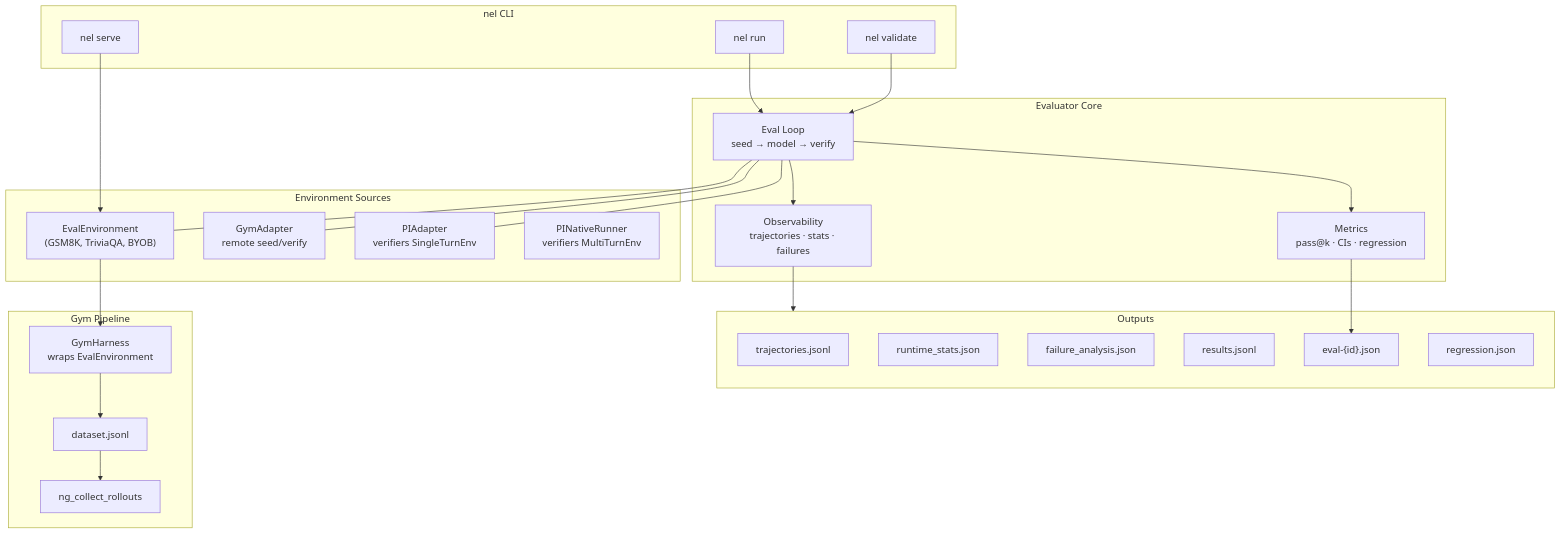
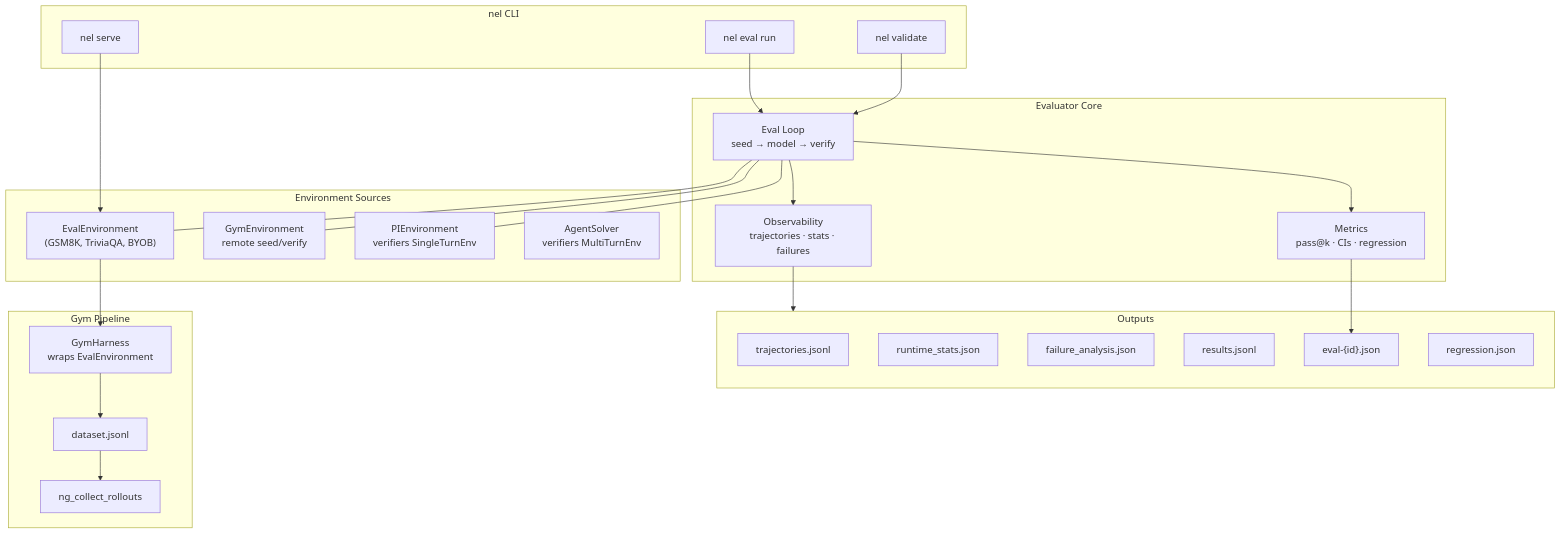
Before and after one commit to NVIDIA-NeMo/Evaluator: the first of 5 diagrams in docs/deployment-patterns.md, drawn with Mermaid. The commit also changed other lines of this file and 84 other files, not shown here.

````diff
--- a/docs/deployment-patterns.md
+++ b/docs/deployment-patterns.md
@@ -5,45 +5,45 @@
 ```{mermaid}
 flowchart TB
     subgraph CLI ["nel CLI"]
-        run["nel run"]
+        run["nel eval run"]
         serve["nel serve"]
         validate["nel validate"]
     end
 
     subgraph Core ["Evaluator Core"]
         loop["Eval Loop<br/>seed → model → verify"]
         obs["Observability<br/>trajectories · stats · failures"]
         metrics["Metrics<br/>pass@k · CIs · regression"]
     end
 
     subgraph Envs ["Environment Sources"]
         local["EvalEnvironment<br/>(GSM8K, TriviaQA, BYOB)"]
-        gym_a["GymAdapter<br/>remote seed/verify"]
-        pi_a["PIAdapter<br/>verifiers SingleTurnEnv"]
-        pi_n["PINativeRunner<br/>verifiers MultiTurnEnv"]
+        gym_a["GymEnvironment<br/>remote seed/verify"]
+        pi_a["PIEnvironment<br/>verifiers SingleTurnEnv"]
+        pi_n["AgentSolver<br/>verifiers MultiTurnEnv"]
     end
 
     subgraph Out ["Outputs"]
         traj["trajectories.jsonl"]
         stats["runtime_stats.json"]
         fail["failure_analysis.json"]
         results["results.jsonl"]
         bundle["eval-{id}.json"]
         reg["regression.json"]
     end
 
     subgraph External ["Gym Pipeline"]
         harness["GymHarness<br/>wraps EvalEnvironment"]
         ng["ng_collect_rollouts"]
         jsonl["dataset.jsonl"]
     end
 
     run --> loop
     validate --> loop
     loop --> obs --> Out
     loop --> metrics --> bundle
     loop --- local & gym_a & pi_a
 
     serve --> local
     local --> harness --> jsonl --> ng
 ```
````
